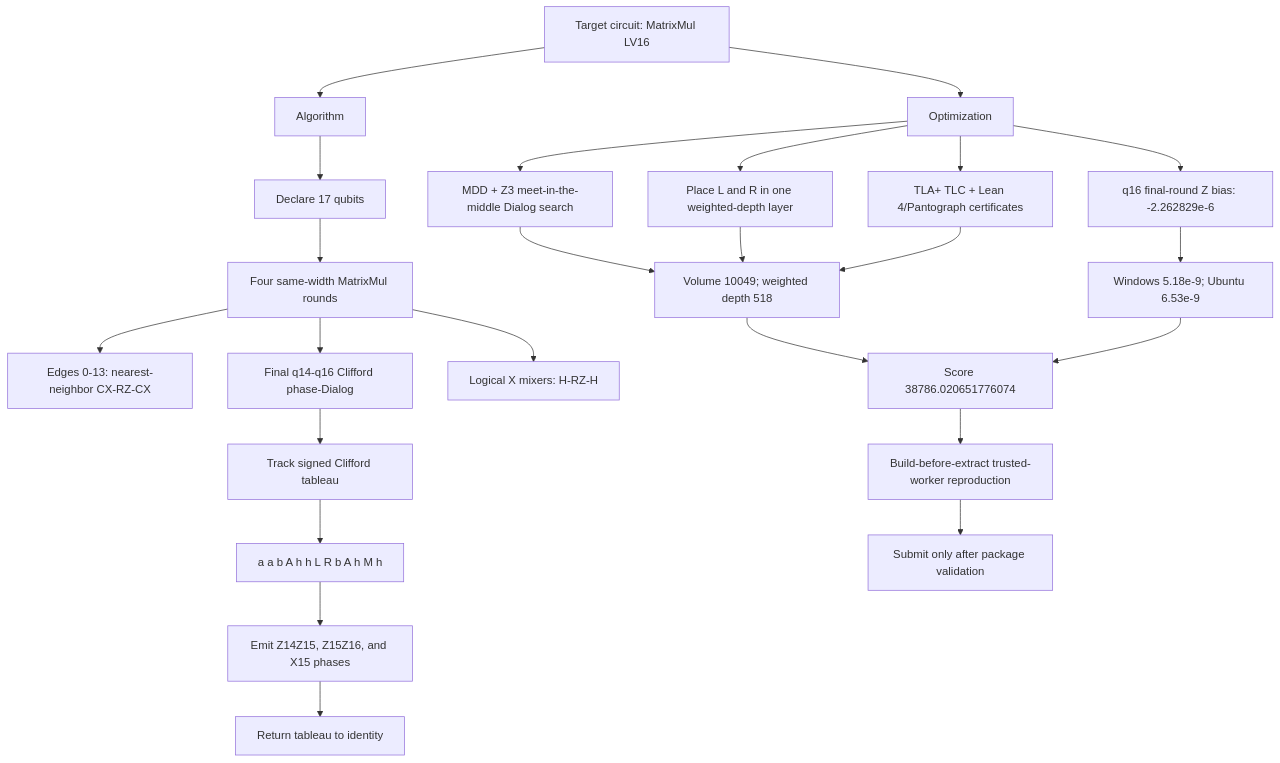
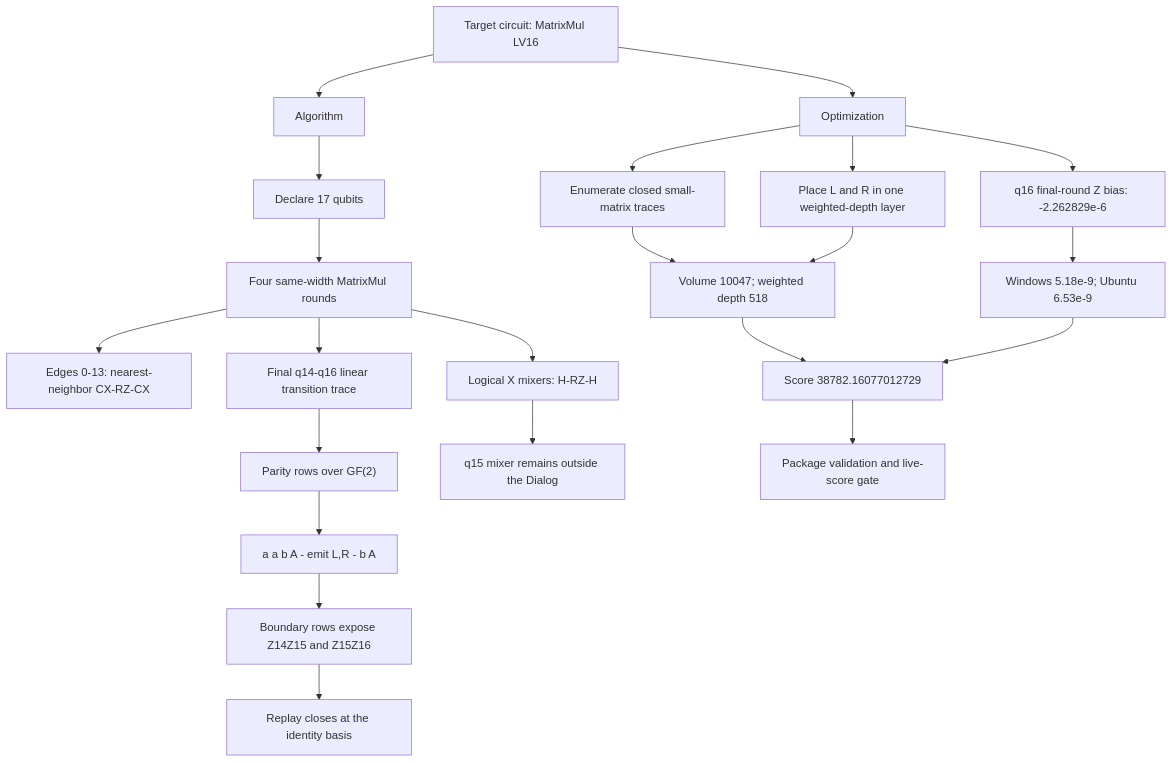
Before and after one commit to matrixmul/lv16-block-encoding: the diagram in src/matmul/architecture.mmd, drawn with Mermaid. The commit also changed 4 other files, not shown here.

```diff
--- a/src/matmul/architecture.mmd
+++ b/src/matmul/architecture.mmd
@@ -1,27 +1,25 @@
 flowchart TD
   Target["Target circuit: MatrixMul LV16"] --> Algorithm["Algorithm"]
   Target --> Optimization["Optimization"]
 
   Algorithm --> Width["Declare 17 qubits"]
   Width --> Rounds["Four same-width MatrixMul rounds"]
   Rounds --> Ordinary["Edges 0-13: nearest-neighbor CX-RZ-CX"]
-  Rounds --> Tail["Final q14-q16 Clifford phase-Dialog"]
+  Rounds --> Tail["Final q14-q16 linear transition trace"]
   Rounds --> Mixers["Logical X mixers: H-RZ-H"]
 
-  Tail --> Tableau["Track signed Clifford tableau"]
-  Tableau --> Word["a a b A h h L R b A h M h"]
-  Word --> Parities["Emit Z14Z15, Z15Z16, and X15 phases"]
-  Parities --> Identity["Return tableau to identity"]
+  Tail --> Field["Parity rows over GF(2)"]
+  Field --> Word["a a b A - emit L,R - b A"]
+  Word --> Implicit["Boundary rows expose Z14Z15 and Z15Z16"]
+  Implicit --> Inverse["Replay closes at the identity basis"]
+  Mixers --> Outside["q15 mixer remains outside the Dialog"]
 
-  Optimization --> Search["MDD + Z3 meet-in-the-middle Dialog search"]
+  Optimization --> Search["Enumerate closed small-matrix traces"]
   Optimization --> Parallel["Place L and R in one weighted-depth layer"]
-  Optimization --> Formal["TLA+ TLC + Lean 4/Pantograph certificates"]
   Optimization --> Bias["q16 final-round Z bias: -2.262829e-6"]
-  Search --> Metrics["Volume 10049; weighted depth 518"]
+  Search --> Metrics["Volume 10047; weighted depth 518"]
   Parallel --> Metrics
-  Formal --> Metrics
   Bias --> Stable["Windows 5.18e-9; Ubuntu 6.53e-9"]
-  Metrics --> Score["Score 38786.020651776074"]
+  Metrics --> Score["Score 38782.16077012729"]
   Stable --> Score
-  Score --> Repro["Build-before-extract trusted-worker reproduction"]
-  Repro --> Submit["Submit only after package validation"]
+  Score --> Gate["Package validation and live-score gate"]
```
